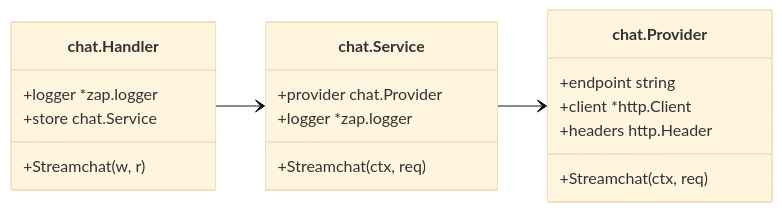
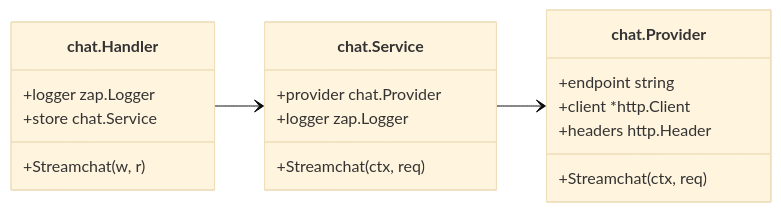
The diagram in classd/chat.md (NYCU-SDC/sciedu-backend), drawn with Mermaid (base theme) before and after one commit.

Commit message:
fix: change to zap.Logger

````diff
--- a/classd/chat.md
+++ b/classd/chat.md
@@ -1,26 +1,26 @@
 ```mermaid
 classDiagram
 	direction LR
 	
 	class chat.Handler{
 			+Streamchat(w, r)
-			+logger *zap.logger
+			+logger zap.Logger
 			+store chat.Service
 	}
 	
 	class chat.Service{
 			+Streamchat(ctx, req)
 			+provider chat.Provider
-			+logger *zap.logger
+			+logger zap.Logger
 	}
 	
 	class chat.Provider{
 			+endpoint string
 			+client *http.Client
 			+headers http.Header
 			+Streamchat(ctx, req)
 	}
 	
 	chat.Handler --> chat.Service
 	chat.Service --> chat.Provider
 ```
````
